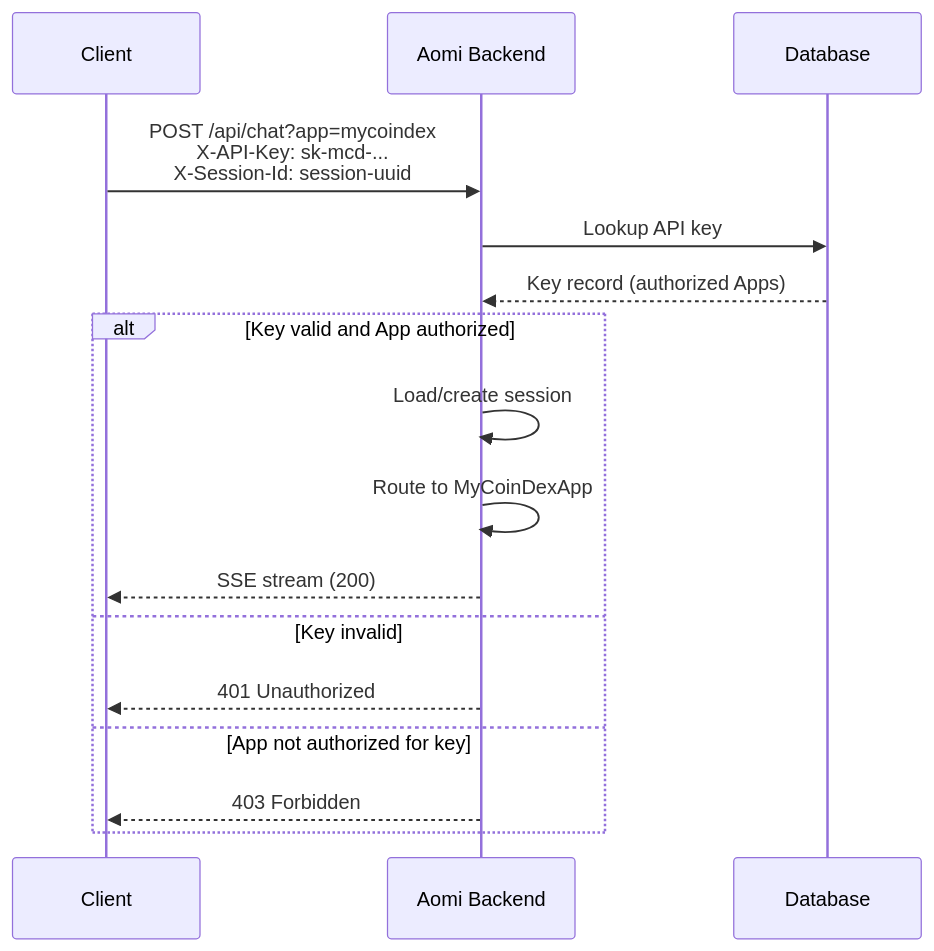
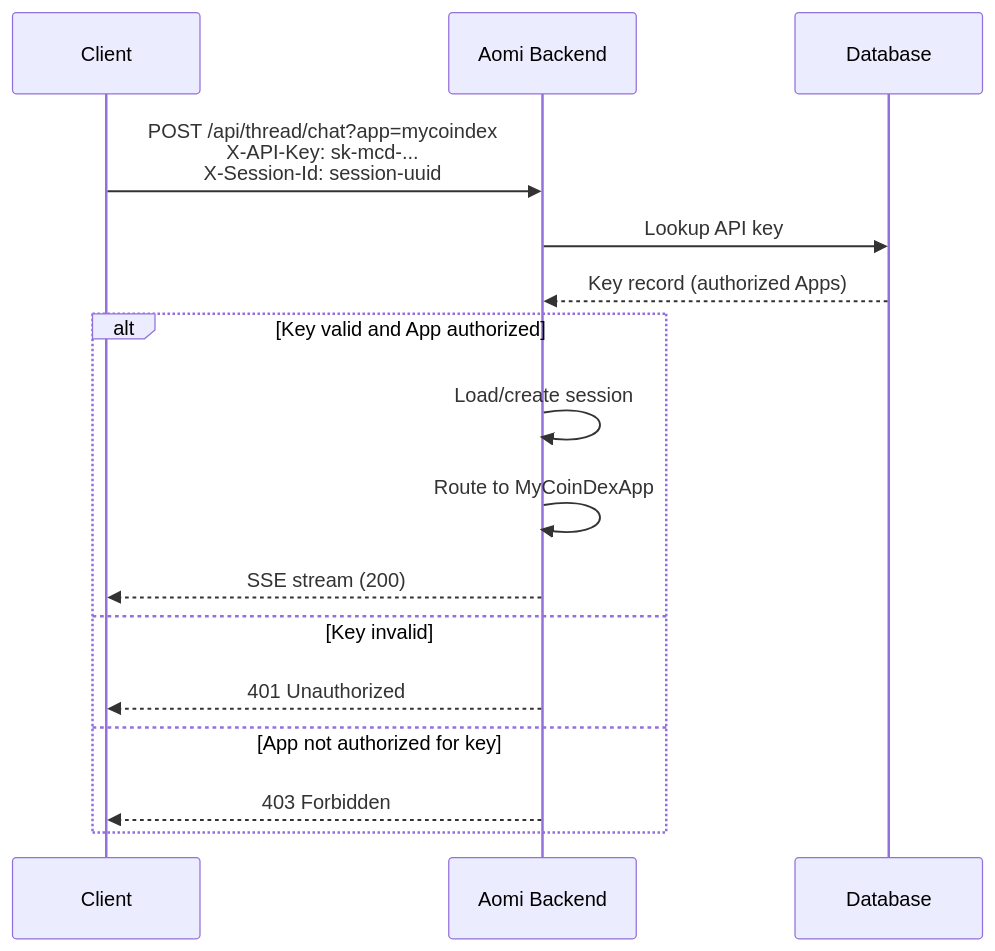
The second of 2 diagrams in apps/landing/content/guides/build/namespaces.mdx (aomi-labs/aomi-widget), drawn with Mermaid before and after one commit. The commit also changed other lines of this file and 35 other files, not shown here.

````diff
--- a/apps/landing/content/guides/build/namespaces.mdx
+++ b/apps/landing/content/guides/build/namespaces.mdx
@@ -84,21 +84,21 @@
 ```mermaid
 sequenceDiagram
     participant Client
     participant Backend as Aomi Backend
     participant DB as Database
 
-    Client->>Backend: POST /api/chat?app=mycoindex<br/>X-API-Key: sk-mcd-...<br/>X-Session-Id: session-uuid
+    Client->>Backend: POST /api/thread/chat?app=mycoindex<br/>X-API-Key: sk-mcd-...<br/>X-Session-Id: session-uuid
 
     Backend->>DB: Lookup API key
     DB-->>Backend: Key record (authorized Apps)
 
     alt Key valid and App authorized
         Backend->>Backend: Load/create session
         Backend->>Backend: Route to MyCoinDexApp
         Backend-->>Client: SSE stream (200)
     else Key invalid
         Backend-->>Client: 401 Unauthorized
     else App not authorized for key
         Backend-->>Client: 403 Forbidden
     end
 ```
````
